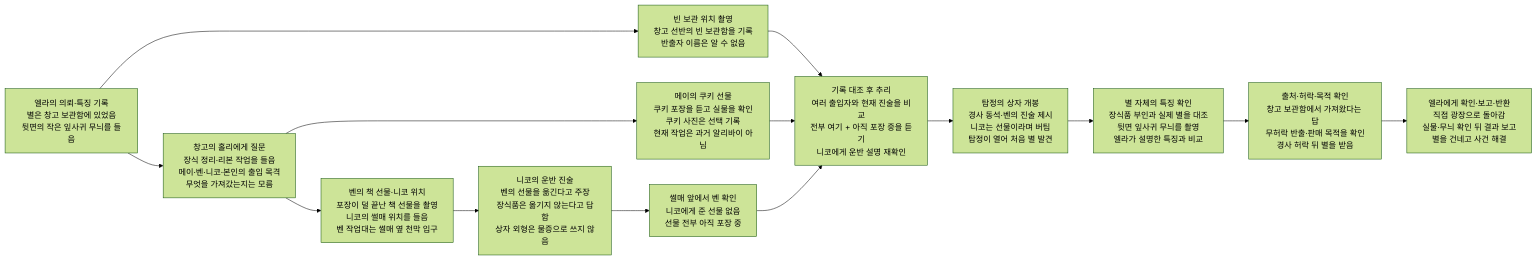
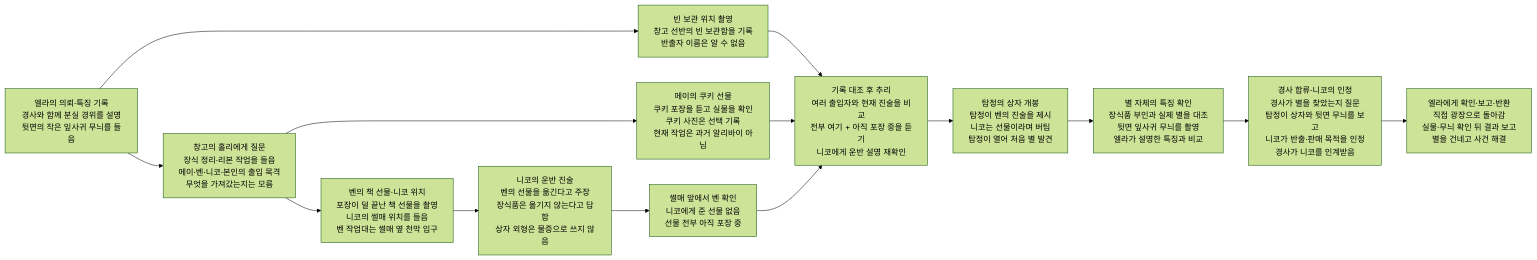
Before and after one commit to wonny95/detective-v2: the second of 2 diagrams in design/case-10-christmas-star.md, drawn with Mermaid (forest theme). The commit also changed other lines of this file and 6 other files, not shown here.

````diff
--- a/design/case-10-christmas-star.md
+++ b/design/case-10-christmas-star.md
@@ -47,28 +47,28 @@
 ```mermaid
 flowchart LR
-    s1["엘라의 의뢰·특징 기록<br/>별은 창고 보관함에 있었음<br/>뒷면의 작은 잎사귀 무늬를 들음"]
+    s1["엘라의 의뢰·특징 기록<br/>경사와 함께 분실 경위를 설명<br/>뒷면의 작은 잎사귀 무늬를 들음"]
     s2["창고의 홀리에게 질문<br/>장식 정리·리본 작업을 들음<br/>메이·벤·니코·본인의 출입 목격<br/>무엇을 가져갔는지는 모름"]
     s3["빈 보관 위치 촬영<br/>창고 선반의 빈 보관함을 기록<br/>반출자 이름은 알 수 없음"]
     s4["메이의 쿠키 선물<br/>쿠키 포장을 듣고 실물을 확인<br/>쿠키 사진은 선택 기록<br/>현재 작업은 과거 알리바이 아님"]
     s5["벤의 책 선물·니코 위치<br/>포장이 덜 끝난 책 선물을 촬영<br/>니코의 썰매 위치를 들음<br/>벤 작업대는 썰매 옆 천막 입구"]
     s6["니코의 운반 진술<br/>벤의 선물을 옮긴다고 주장<br/>장식품은 옮기지 않는다고 답함<br/>상자 외형은 물증으로 쓰지 않음"]
     s7["썰매 앞에서 벤 확인<br/>니코에게 준 선물 없음<br/>선물 전부 아직 포장 중"]
     s8["기록 대조 후 추리<br/>여러 출입자와 현재 진술을 비교<br/>전부 여기 + 아직 포장 중을 듣기<br/>니코에게 운반 설명 재확인"]
-    s9["탐정의 상자 개봉<br/>경사 동석·벤의 진술 제시<br/>니코는 선물이라며 버팀<br/>탐정이 열어 처음 별 발견"]
+    s9["탐정의 상자 개봉<br/>탐정이 벤의 진술을 제시<br/>니코는 선물이라며 버팀<br/>탐정이 열어 처음 별 발견"]
     s10["별 자체의 특징 확인<br/>장식품 부인과 실제 별을 대조<br/>뒷면 잎사귀 무늬를 촬영<br/>엘라가 설명한 특징과 비교"]
-    s11["출처·허락·목적 확인<br/>창고 보관함에서 가져왔다는 답<br/>무허락 반출·판매 목적을 확인<br/>경사 허락 뒤 별을 받음"]
+    s11["경사 합류·니코의 인정<br/>경사가 별을 찾았는지 질문<br/>탐정이 상자와 뒷면 무늬를 보고<br/>니코가 반출·판매 목적을 인정<br/>경사가 니코를 인계받음"]
     s12["엘라에게 확인·보고·반환<br/>직접 광장으로 돌아감<br/>실물·무늬 확인 뒤 결과 보고<br/>별을 건네고 사건 해결"]
     s1 --> s2
     s1 --> s3
     s2 --> s4
     s2 --> s5
     s3 --> s8
     s4 --> s8
     s5 --> s6
     s6 --> s7
     s7 --> s8
     s8 --> s9
     s9 --> s10
     s10 --> s11
     s11 --> s12
 ```
````
